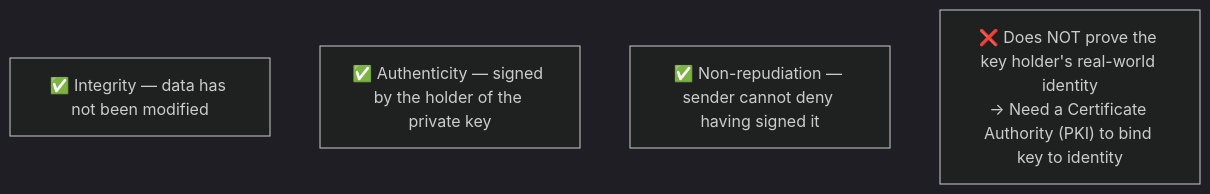
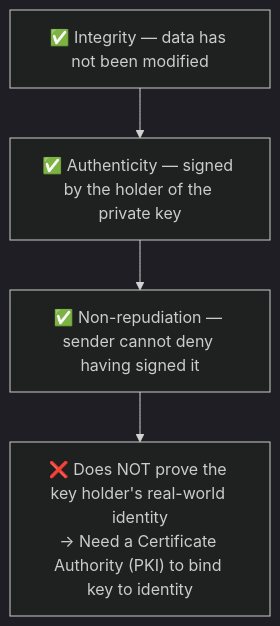
Before and after one commit to csoares/SecurityJava: the sixth of 9 diagrams in src/main/java/security/encryption/integrity/README.md, drawn with Mermaid (dark theme). The commit also changed other lines of this file and 23 other files, not shown here.

Commit message:
Refine README diagrams and descriptions for clarity and accuracy

````diff
--- a/src/main/java/security/encryption/integrity/README.md
+++ b/src/main/java/security/encryption/integrity/README.md
@@ -108,7 +108,8 @@
 ```mermaid
 flowchart TD
     G1["✅ Integrity — data has not been modified"]
     G2["✅ Authenticity — signed by the holder of the private key"]
     G3["✅ Non-repudiation — sender cannot deny having signed it"]
-    G4["❌ Does NOT prove the key holder's real-world identity\n→ Need a Certificate Authority (PKI) to bind key to identity"]
+    G4["❌ Does NOT prove the key holder's real-world identity<br/>→ Need a Certificate Authority (PKI) to bind key to identity"]
+    G1 --> G2 --> G3 --> G4
 ```
````
